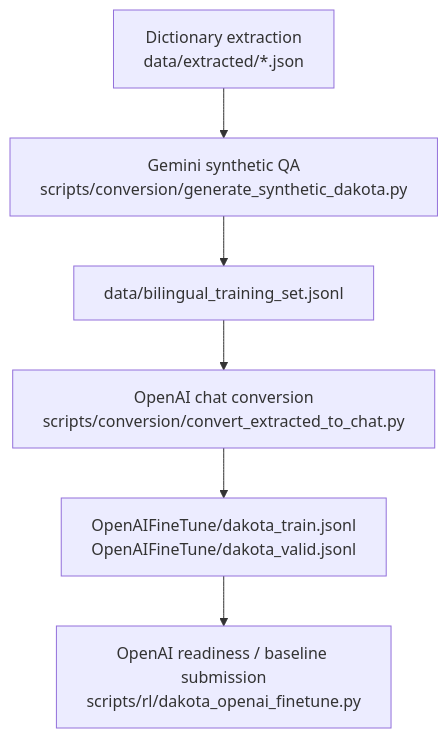
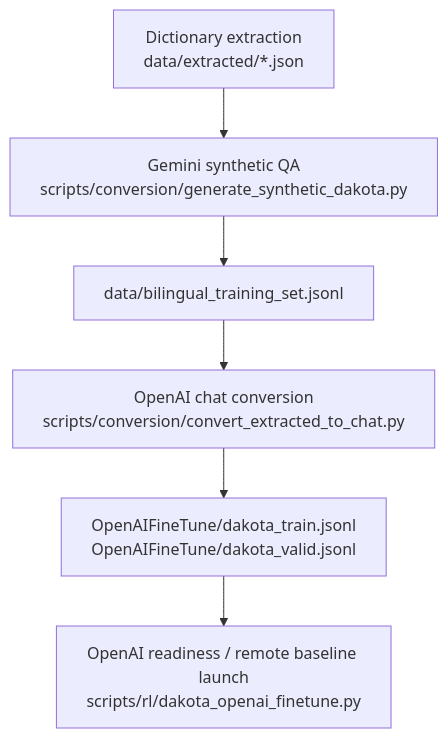
One commit to HarleyCoops/Dakota1890 changed the second of 2 diagrams in PIPELINE.md. Above: the diagram before and after it, drawn with Mermaid. The commit also changed 112 other files, not shown here.

````diff
--- a/PIPELINE.md
+++ b/PIPELINE.md
@@ -27,8 +27,8 @@
 ```mermaid
 flowchart TD
     D["Dictionary extraction<br/>data/extracted/*.json"] --> N["Gemini synthetic QA<br/>scripts/conversion/generate_synthetic_dakota.py"]
     N --> O["data/bilingual_training_set.jsonl"]
     O --> P["OpenAI chat conversion<br/>scripts/conversion/convert_extracted_to_chat.py"]
     P --> Q["OpenAIFineTune/dakota_train.jsonl<br/>OpenAIFineTune/dakota_valid.jsonl"]
-    Q --> R["OpenAI readiness / baseline submission<br/>scripts/rl/dakota_openai_finetune.py"]
+    Q --> R["OpenAI readiness / remote baseline launch<br/>scripts/rl/dakota_openai_finetune.py"]
 ```
````
